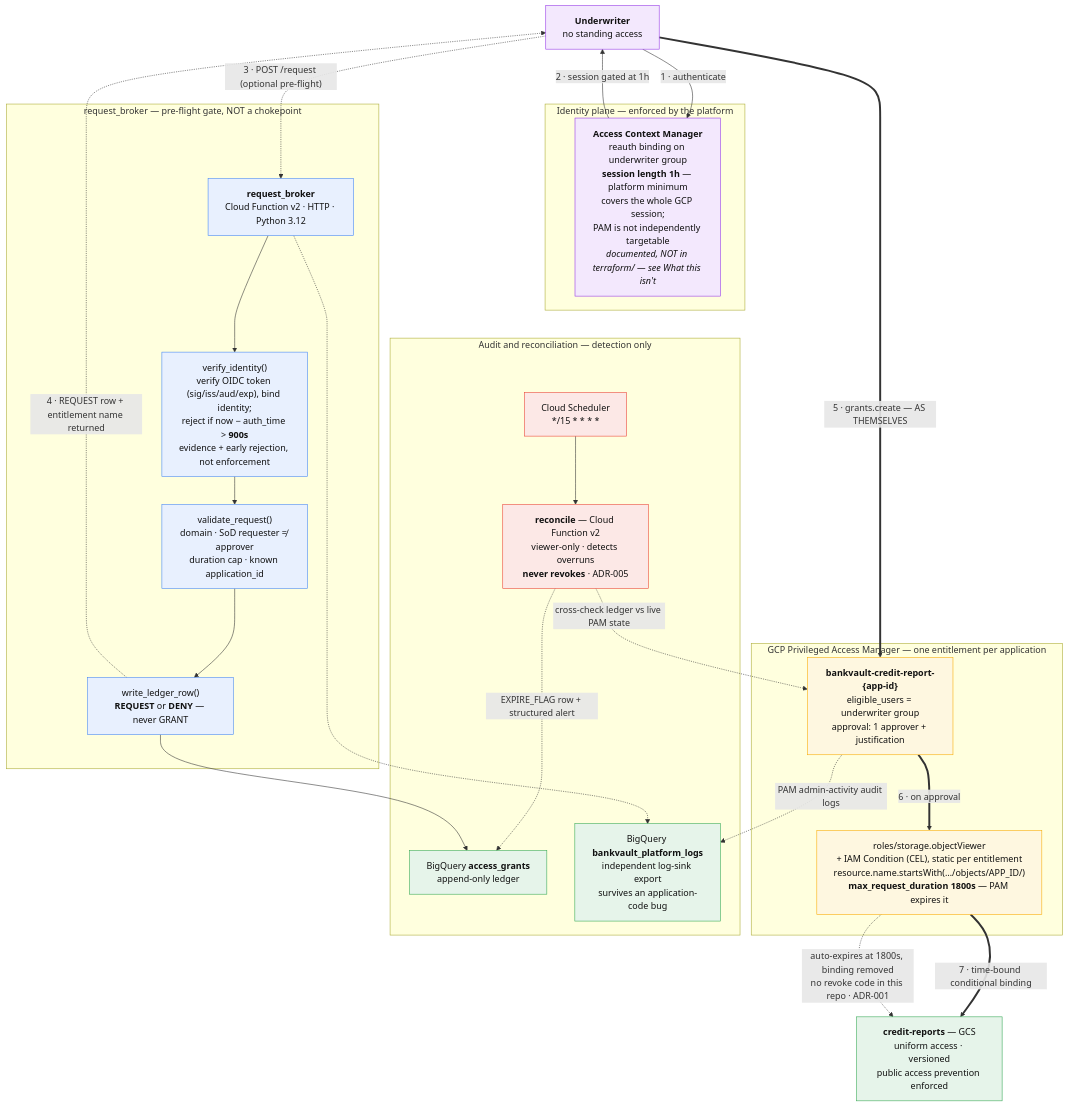
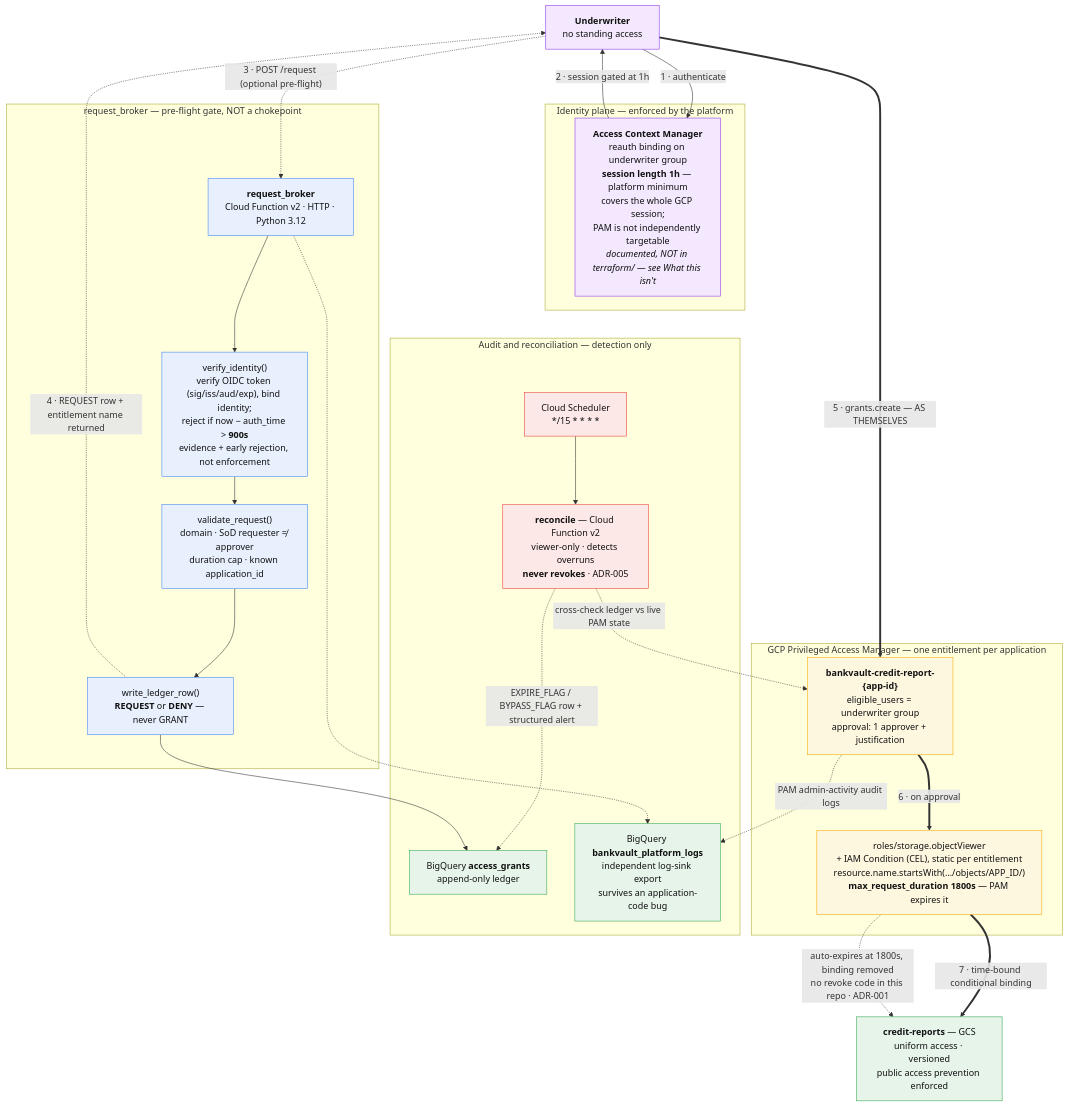
One commit to Bigbadlonewolf/bankvault changed the diagram in README.md. Above: the diagram before and after it, drawn with Mermaid. The commit also changed other lines of this file and 12 other files, not shown here.

First line of the commit message:
feat: WORM log export + BYPASS_FLAG reconcile detection

````diff
--- a/README.md
+++ b/README.md
@@ -17,57 +17,57 @@
 ```mermaid
 flowchart TD
     UW["<b>Underwriter</b><br/>no standing access"]
 
     subgraph IDENTITY["Identity plane — enforced by the platform"]
         ACM["<b>Access Context Manager</b><br/>reauth binding on underwriter group<br/><b>session length 1h</b> — platform minimum<br/>covers the whole GCP session;<br/>PAM is not independently targetable<br/><i>documented, NOT in terraform/ — see What this isn't</i>"]
     end
 
     subgraph PREFLIGHT["request_broker — pre-flight gate, NOT a chokepoint"]
         BR["<b>request_broker</b><br/>Cloud Function v2 · HTTP · Python 3.12"]
         MFA["verify_identity()<br/>verify OIDC token (sig/iss/aud/exp), bind identity;<br/>reject if now − auth_time > <b>900s</b><br/>evidence + early rejection, not enforcement"]
         VAL["validate_request()<br/>domain · SoD requester ≠ approver<br/>duration cap · known application_id"]
         LW["write_ledger_row()<br/><b>REQUEST</b> or <b>DENY</b> — never GRANT"]
     end
 
     subgraph PAM["GCP Privileged Access Manager — one entitlement per application"]
         ENT["<b>bankvault-credit-report-{app-id}</b><br/>eligible_users = underwriter group<br/>approval: 1 approver + justification"]
         COND["roles/storage.objectViewer<br/>+ IAM Condition (CEL), static per entitlement<br/>resource.name.startsWith(…/objects/APP_ID/)<br/><b>max_request_duration 1800s</b> — PAM expires it"]
     end
 
     BKT["<b>credit-reports</b> — GCS<br/>uniform access · versioned<br/>public access prevention enforced"]
 
     subgraph AUDIT["Audit and reconciliation — detection only"]
         SCH["Cloud Scheduler<br/>*/15 * * * *"]
         REC["<b>reconcile</b> — Cloud Function v2<br/>viewer-only · detects overruns<br/><b>never revokes</b> · ADR-005"]
         BQ["BigQuery <b>access_grants</b><br/>append-only ledger"]
         PLOG["BigQuery <b>bankvault_platform_logs</b><br/>independent log-sink export<br/>survives an application-code bug"]
     end
 
     UW -->|"1 · authenticate"| ACM
     ACM -->|"2 · session gated at 1h"| UW
     UW -.->|"3 · POST /request (optional pre-flight)"| BR
     BR --> MFA --> VAL --> LW
     LW -.->|"4 · REQUEST row + entitlement name returned"| UW
     UW ==>|"5 · grants.create — AS THEMSELVES"| ENT
     ENT ==>|"6 · on approval"| COND
     COND ==>|"7 · time-bound conditional binding"| BKT
     COND -.->|"auto-expires at 1800s, binding removed<br/>no revoke code in this repo · ADR-001"| BKT
 
     SCH --> REC
     REC -.->|"cross-check ledger vs live PAM state"| ENT
-    REC -.->|"EXPIRE_FLAG row + structured alert"| BQ
+    REC -.->|"EXPIRE_FLAG / BYPASS_FLAG row + structured alert"| BQ
     LW --> BQ
     ENT -.->|"PAM admin-activity audit logs"| PLOG
     BR -.-> PLOG
 
     classDef enforce fill:#e8f0fe,stroke:#4285f4,color:#111
     classDef detect fill:#fce8e6,stroke:#ea4335,color:#111
     classDef store fill:#e6f4ea,stroke:#34a853,color:#111
     classDef idp fill:#f3e8fd,stroke:#9334e6,color:#111
     classDef pam fill:#fef7e0,stroke:#f9ab00,color:#111
     class UW,ACM idp
     class BR,MFA,VAL,LW enforce
     class ENT,COND pam
     class SCH,REC detect
     class BKT,BQ,PLOG store
 ```
````
